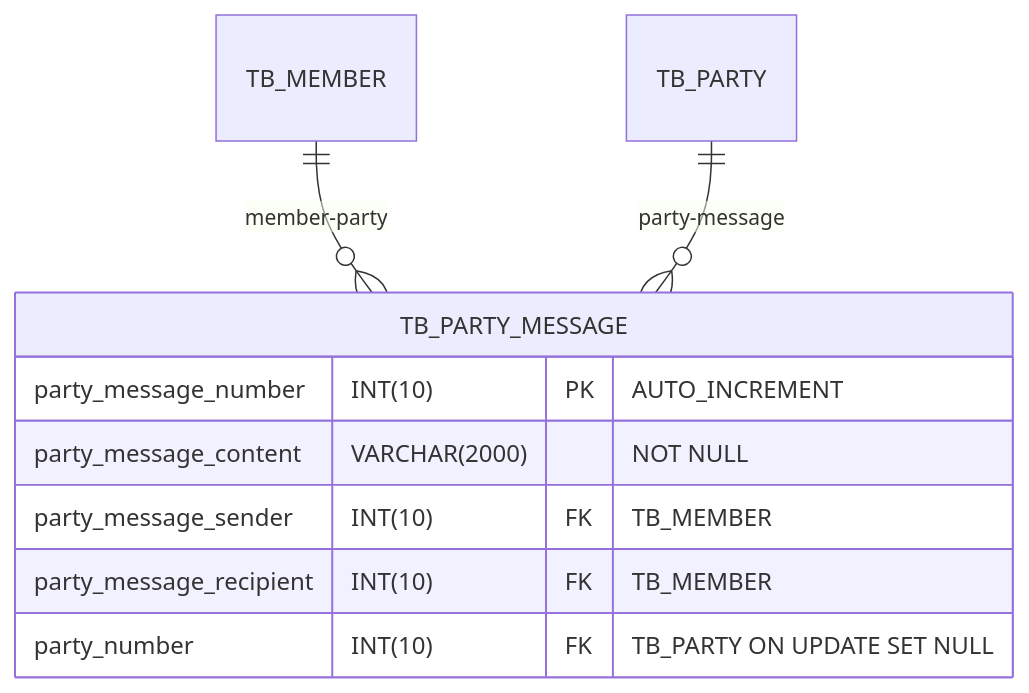
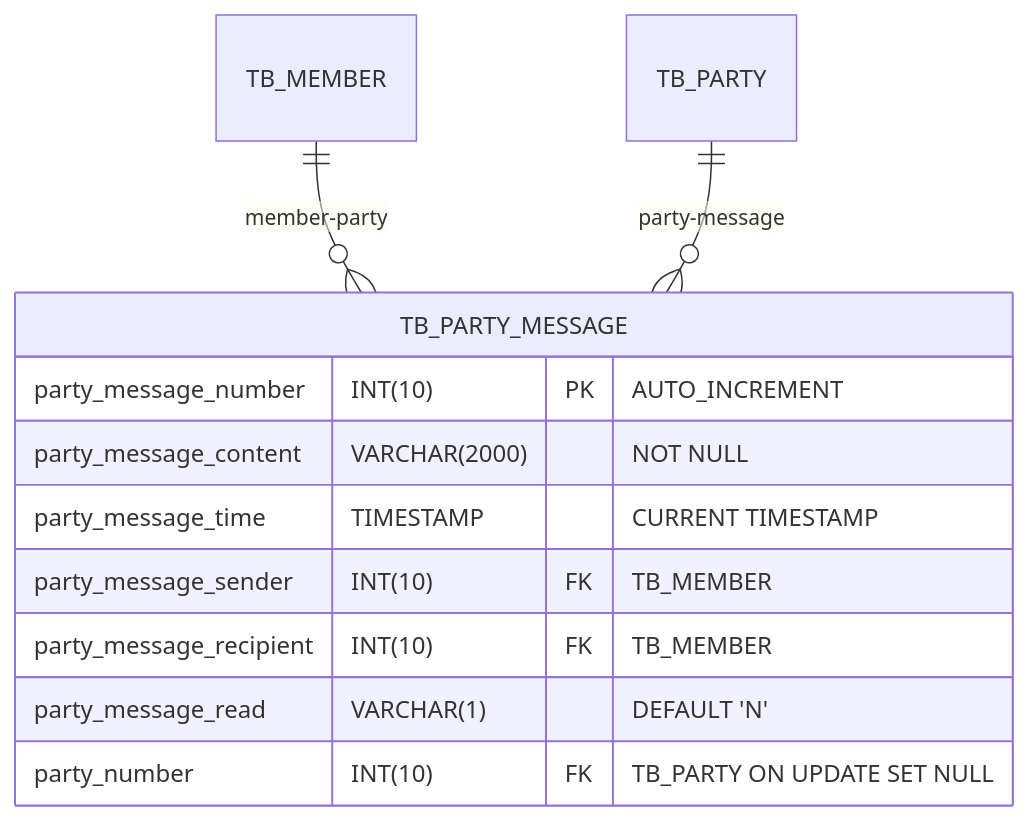
The eighth of 11 diagrams in docs/README.md (Choongang-Third-Project/jeju-campking), drawn with Mermaid before and after one commit. The commit also changed other lines of this file, not shown here.

````diff
--- a/docs/README.md
+++ b/docs/README.md
@@ -328,23 +362,24 @@
 ```mermaid
 erDiagram
     TB_MEMBER ||--o{ TB_PARTY_MESSAGE: member-party
     TB_PARTY ||--o{ TB_PARTY_MESSAGE: party-message
 
     TB_MEMBER {
     }
 
 
     TB_PARTY {
     }
 
 
     TB_PARTY_MESSAGE {
         party_message_number INT(10) PK "AUTO_INCREMENT"
         party_message_content VARCHAR(2000) "NOT NULL"
+        party_message_time TIMESTAMP "CURRENT TIMESTAMP"
         party_message_sender INT(10) FK "TB_MEMBER"
         party_message_recipient INT(10) FK "TB_MEMBER"
-        
+        party_message_read VARCHAR(1) "DEFAULT 'N'"
         party_number INT(10) FK "TB_PARTY ON UPDATE SET NULL"
     }
 
 ```
````
